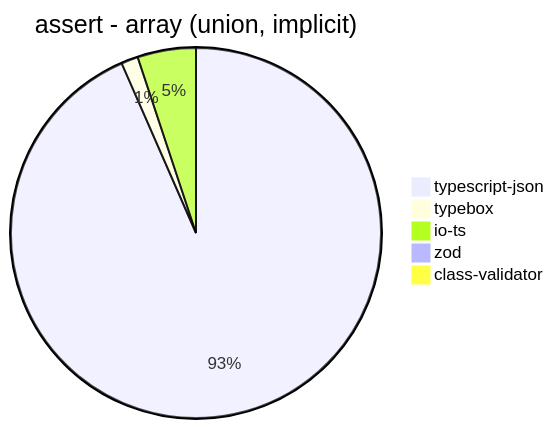
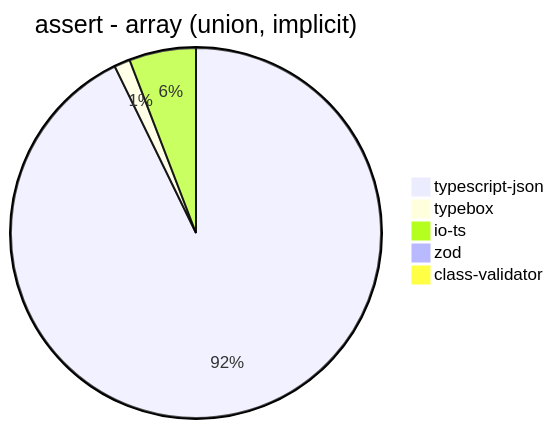
Before and after one commit to samchon/typia: diagram 15 of 39 in benchmark/results/11th Gen Intel(R) Core(TM) i5-1135G7 @ 2.40GHz.md, drawn with Mermaid. The commit also changed other lines of this file and 7 other files, not shown here.

````diff
--- a/benchmark/results/11th Gen Intel(R) Core(TM) i5-1135G7 @ 2.40GHz.md
+++ b/benchmark/results/11th Gen Intel(R) Core(TM) i5-1135G7 @ 2.40GHz.md
@@ -186,8 +186,8 @@
 ```mermaid
 pie title assert - array (union, implicit)
-  "typescript-json": 1695.8734775495363
-  "typebox": 26.750142287990894
-  "io-ts": 92.49183895538629
+  "typescript-json": 1677.3605541378054
+  "typebox": 25.125628140703515
+  "io-ts": 105.43130990415337
   "zod": 3.5747883349012226
-  "class-validator": 8.654023200147302
+  "class-validator": 9.282060996400833
 ```
````
